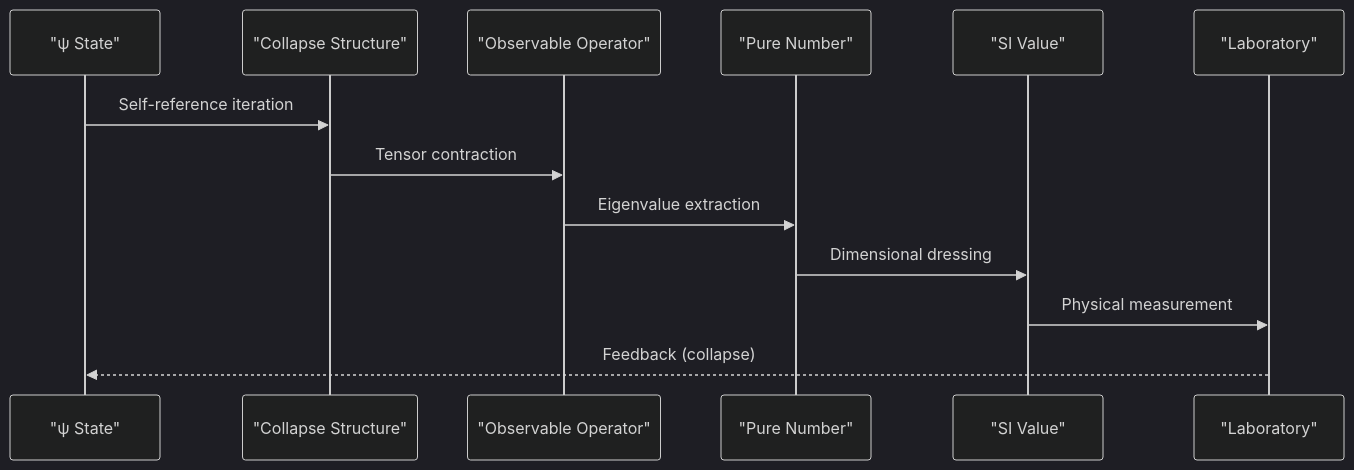
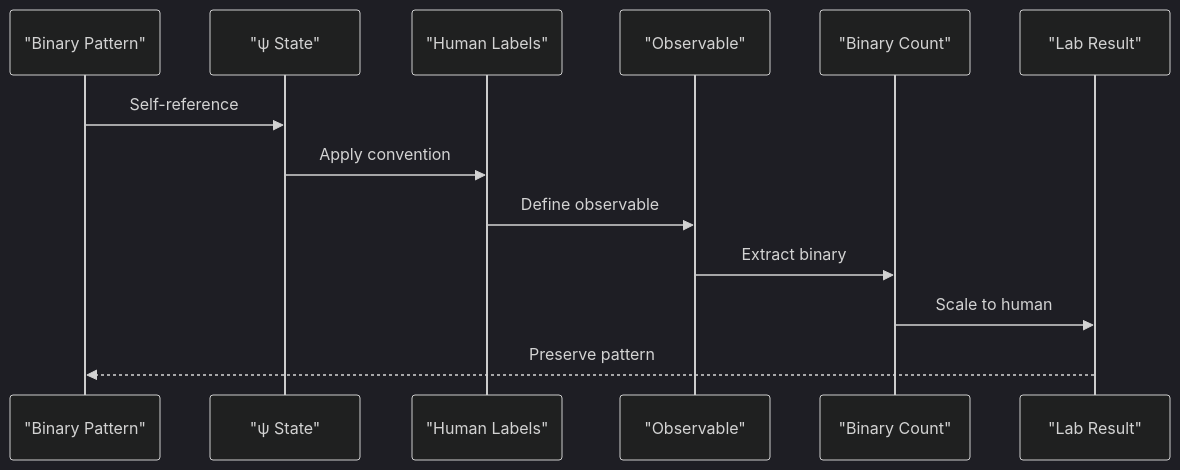
Before and after one commit to loning/the-phys: the fourth of 7 diagrams in docs/psi-constants/part-02-collapse-si-equivalence/chapter-032-collapse-si-structure-mapping-diagram.md, drawn with Mermaid (dark theme). The commit also changed other lines of this file and 5 other files, not shown here.

````diff
--- a/docs/psi-constants/part-02-collapse-si-equivalence/chapter-032-collapse-si-structure-mapping-diagram.md
+++ b/docs/psi-constants/part-02-collapse-si-equivalence/chapter-032-collapse-si-structure-mapping-diagram.md
@@ -197,16 +197,16 @@
 ```mermaid
 sequenceDiagram
+    participant Binary as "Binary Pattern"
     participant Psi as "ψ State"
-    participant Collapse as "Collapse Structure"
-    participant Operator as "Observable Operator"
-    participant Pure as "Pure Number"
-    participant SI as "SI Value"
-    participant Lab as "Laboratory"
+    participant Labels as "Human Labels"
+    participant Operator as "Observable"
+    participant Pattern as "Binary Count"
+    participant Result as "Lab Result"
     
-    Psi->>Collapse: Self-reference iteration
-    Collapse->>Operator: Tensor contraction
-    Operator->>Pure: Eigenvalue extraction
-    Pure->>SI: Dimensional dressing
-    SI->>Lab: Physical measurement
-    Lab-->>Psi: Feedback (collapse)
+    Binary->>Psi: Self-reference
+    Psi->>Labels: Apply convention
+    Labels->>Operator: Define observable
+    Operator->>Pattern: Extract binary
+    Pattern->>Result: Scale to human
+    Result-->>Binary: Preserve pattern
 ```
````
